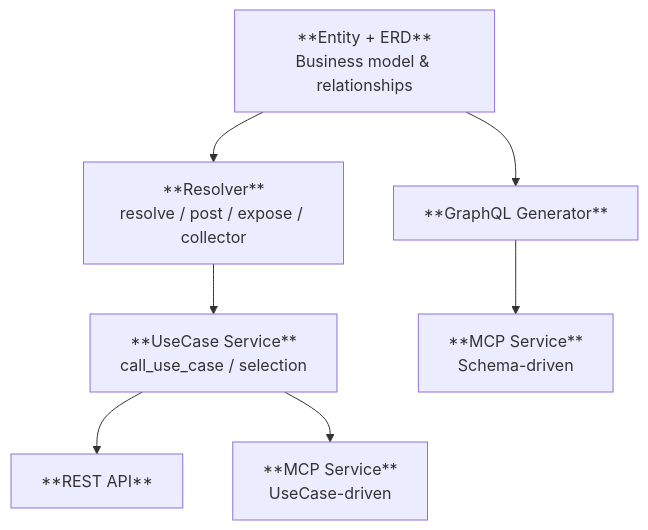
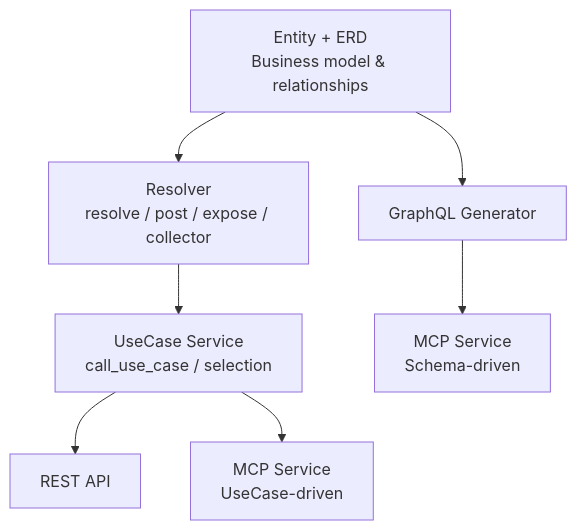
Before and after one commit to allmonday/pydantic-resolve: the diagram in README.md, drawn with Mermaid.

Commit message:
docs: remove markdown bold from mermaid nodes for GitHub compatibility

````diff
--- a/README.md
+++ b/README.md
@@ -77,17 +77,17 @@
 ```mermaid
 flowchart TB
-    entity["**Entity + ERD**<br/>Business model & relationships"]
-    resolve["**Resolver**<br/>resolve / post / expose / collector"]
-    graphql["**GraphQL Generator**"]
-    usecase["**UseCase Service**<br/>call_use_case / selection"]
-    api["**REST API**"]
-    mcp1["**MCP Service**<br/>UseCase-driven"]
-    mcp2["**MCP Service**<br/>Schema-driven"]
+    entity["Entity + ERD<br/>Business model & relationships"]
+    resolve["Resolver<br/>resolve / post / expose / collector"]
+    graphql["GraphQL Generator"]
+    usecase["UseCase Service<br/>call_use_case / selection"]
+    api["REST API"]
+    mcp1["MCP Service<br/>UseCase-driven"]
+    mcp2["MCP Service<br/>Schema-driven"]
 
     entity --> resolve
     entity --> graphql
     resolve --> usecase
     usecase --> api
     usecase --> mcp1
     graphql --> mcp2
 ```
````
